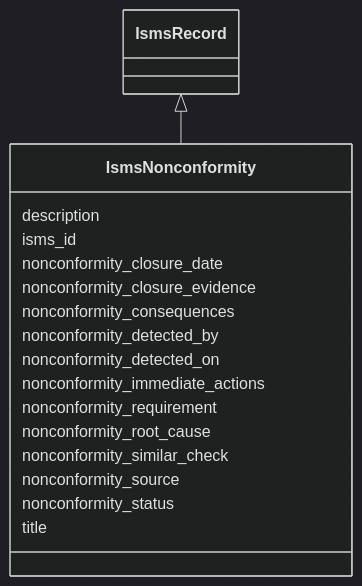
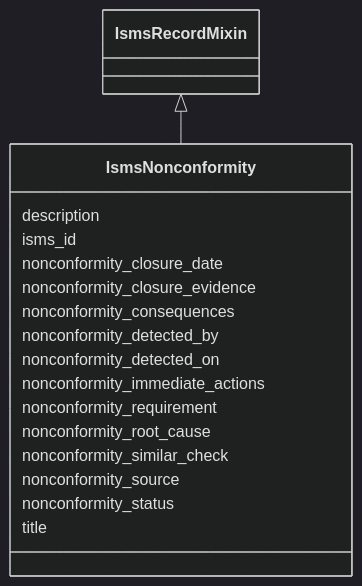
One commit to lmodel/iso27001 changed the diagram in project/mermaid/IsmsNonconformity.md. Above: the diagram before and after it, drawn with Mermaid (dark theme). The commit also changed 171 other files, not shown here.

Commit message:
refactor(schema): make the record base a mixin so adapt can root records

````diff
--- a/project/mermaid/IsmsNonconformity.md
+++ b/project/mermaid/IsmsNonconformity.md
@@ -4,37 +4,37 @@
 ```mermaid
  classDiagram
     class IsmsNonconformity
     click IsmsNonconformity href "../IsmsNonconformity"
-      IsmsRecord <|-- IsmsNonconformity
-        click IsmsRecord href "../IsmsRecord"
+      IsmsRecordMixin <|-- IsmsNonconformity
+        click IsmsRecordMixin href "../IsmsRecordMixin"
       
       IsmsNonconformity : description
         
       IsmsNonconformity : isms_id
         
       IsmsNonconformity : nonconformity_closure_date
         
       IsmsNonconformity : nonconformity_closure_evidence
         
       IsmsNonconformity : nonconformity_consequences
         
       IsmsNonconformity : nonconformity_detected_by
         
       IsmsNonconformity : nonconformity_detected_on
         
       IsmsNonconformity : nonconformity_immediate_actions
         
       IsmsNonconformity : nonconformity_requirement
         
       IsmsNonconformity : nonconformity_root_cause
         
       IsmsNonconformity : nonconformity_similar_check
         
       IsmsNonconformity : nonconformity_source
         
       IsmsNonconformity : nonconformity_status
         
       IsmsNonconformity : title
         
       
 ```
````
